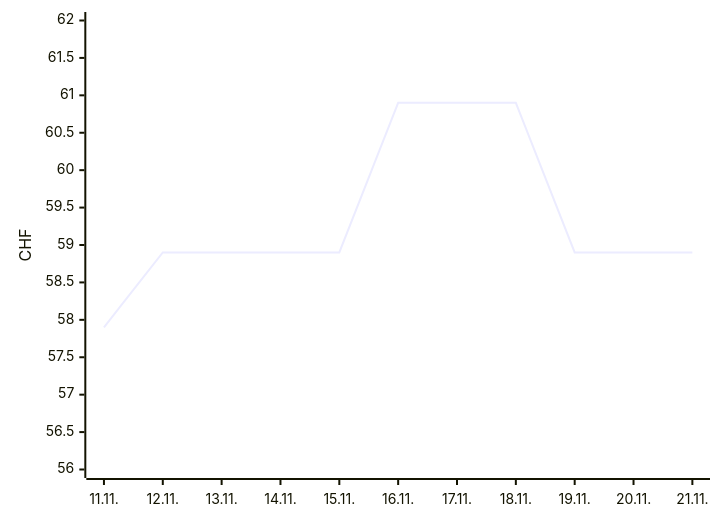
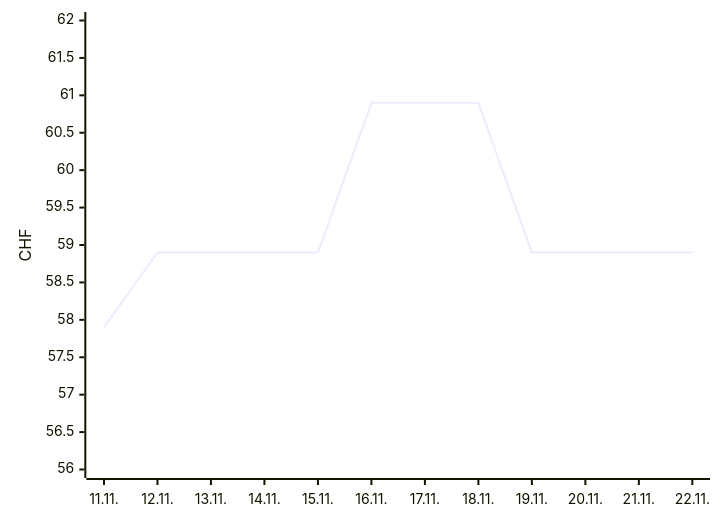
One commit to Akira2828/my-Galaxus-MCP changed the second of 2 diagrams in README.md. Above: the diagram before and after it, drawn with Mermaid. The commit also changed other lines of this file and 1 other file, not shown here.

````diff
--- a/README.md
+++ b/README.md
@@ -25,6 +25,6 @@
 ```mermaid
 xychart-beta
-  x-axis ["11.11.", "12.11.", "13.11.", "14.11.", "15.11.", "16.11.", "17.11.", "18.11.", "19.11.", "20.11.", "21.11."]
+  x-axis ["11.11.", "12.11.", "13.11.", "14.11.", "15.11.", "16.11.", "17.11.", "18.11.", "19.11.", "20.11.", "21.11.", "22.11."]
   y-axis "CHF" 56 --> 62
-  line [57.9, 58.9, 58.9, 58.9, 58.9, 60.9, 60.9, 60.9, 58.9, 58.9, 58.9]
+  line [57.9, 58.9, 58.9, 58.9, 58.9, 60.9, 60.9, 60.9, 58.9, 58.9, 58.9, 58.9]
 ```
````
